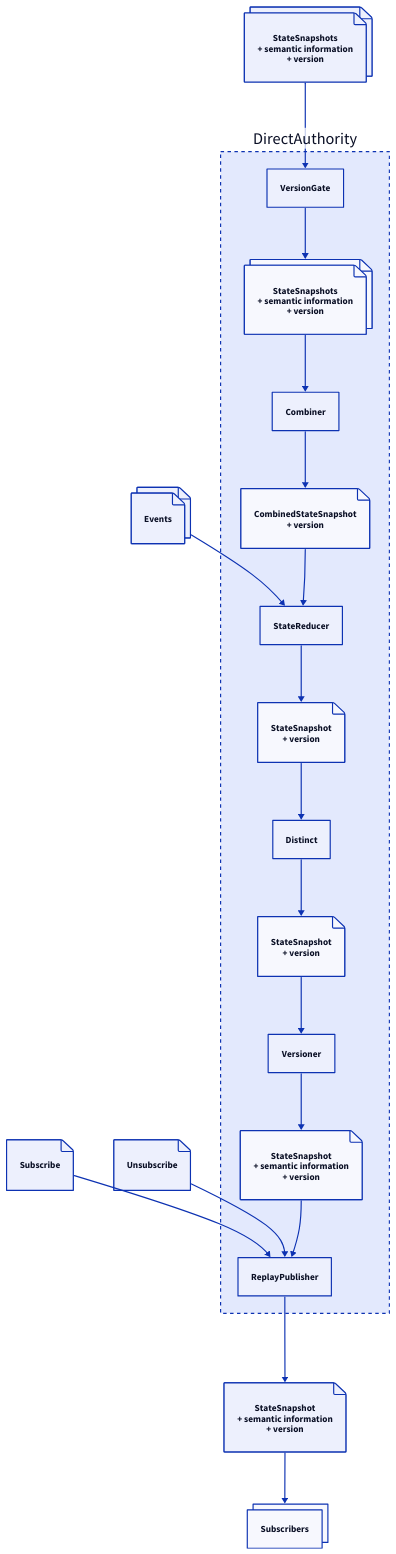
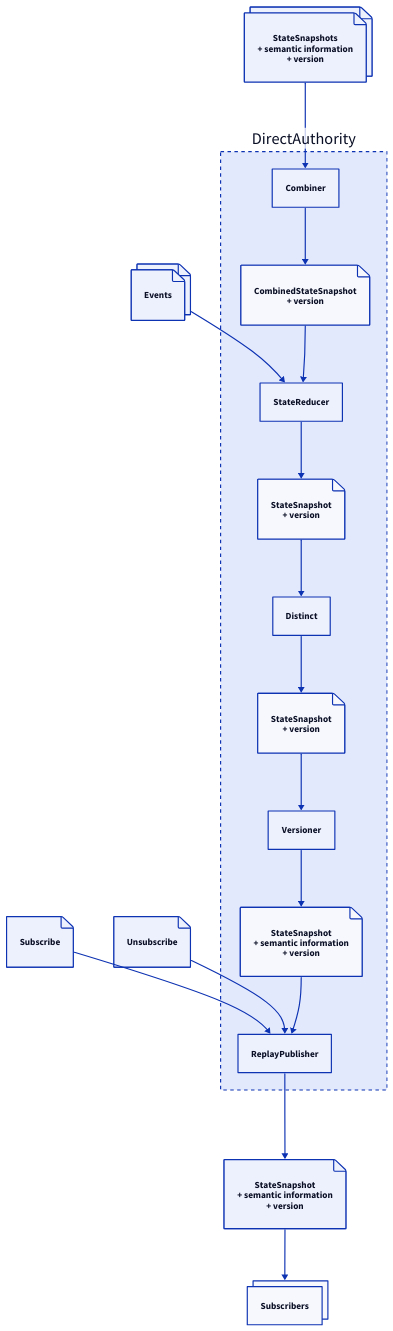
Before and after one commit to MostlyIT/nact-extensions: the diagram in source/actors/state/direct-authority/DirectAuthority.d2, drawn with D2. The commit also changed 1 other file, not shown here.

Commit message:
Removed version gate actor from Authorities.

```diff
--- a/source/actors/state/direct-authority/DirectAuthority.d2
+++ b/source/actors/state/direct-authority/DirectAuthority.d2
@@ -1,71 +1,65 @@
 classes: {
   composition: {
     style.stroke-dash: 3
   }
 }
 
 # Input messages
 Events: {
   shape: page
   style.multiple: true
 }
 Events -> DirectAuthority.StateReducer
 StateSnapshots: StateSnapshots\n+ semantic information\n+ version {
   shape: page
   style.multiple: true
 }
-StateSnapshots -> DirectAuthority.VersionGate
+StateSnapshots -> DirectAuthority.Combiner
 Subscribe: {
   shape: page
 }
 Subscribe -> DirectAuthority.ReplayPublisher
 Unsubscribe: {
   shape: page
 }
 Unsubscribe -> DirectAuthority.ReplayPublisher
 
 # Main actor
 DirectAuthority: {
   class: composition
 
   # Internal actors
   Combiner
   Distinct
   ReplayPublisher
   StateReducer
   Versioner
-  VersionGate
 
   CombinedStateSnapshot: CombinedStateSnapshot\n+ version {
     shape: page
   }
   Combiner -> CombinedStateSnapshot -> StateReducer
   DistinctStateSnapshot: StateSnapshot\n+ version {
     shape: page
   }
   Distinct -> DistinctStateSnapshot -> Versioner
   StateSnapshot: StateSnapshot\n+ version {
     shape: page
   }
   StateReducer -> StateSnapshot -> Distinct
   StateSnapshotWithMetaData: StateSnapshot\n+ semantic information\n+ version {
     shape: page
   }
   Versioner -> StateSnapshotWithMetaData -> ReplayPublisher
-  StateSnapshots: StateSnapshots\n+ semantic information\n+ version {
-    shape: page
-    style.multiple: true
-  }
-  VersionGate -> StateSnapshots -> Combiner
 }
 
 # Output messages
 OutputStateSnapshot: StateSnapshot\n+ semantic information\n+ version {
   shape: page
 }
 DirectAuthority.ReplayPublisher -> OutputStateSnapshot -> Subscribers
 
 # Environment actors
 Subscribers: {
   style.multiple: true
 }
```
